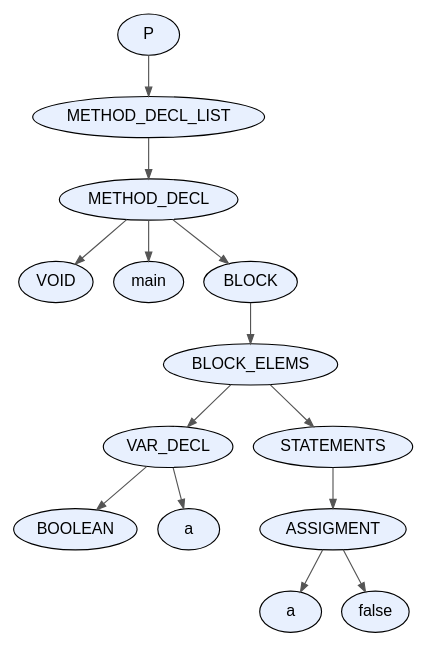
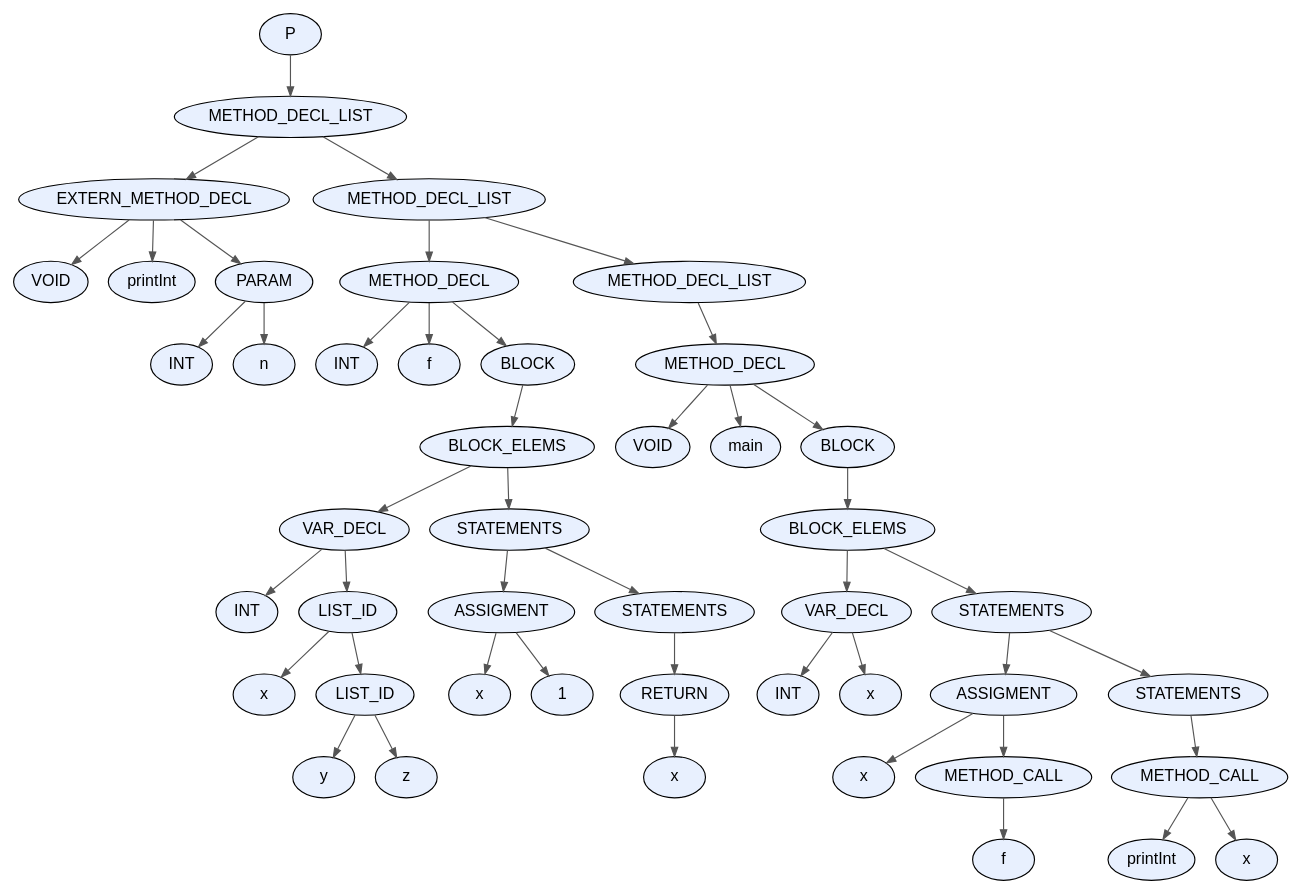
The diagram in proyecto/dot_files/test8.dot (facundo-dario-loser/TDS2026), drawn with Graphviz before and after one commit. The commit also changed 53 other files, not shown here.

```diff
--- a/proyecto/dot_files/test8.dot
+++ b/proyecto/dot_files/test8.dot
@@ -1,31 +1,95 @@
 digraph AST {
   node [fontname="Arial"];
   edge [arrowsize=0.8, color="#555555"];
-  "node_0x643e92caebe0" [label="P", style=filled, fillcolor="#E8F0FE", shape=ellipse, style="rounded,filled"];
-  "node_0x643e92caebe0" -> "node_0x643e92caeb90";
-  "node_0x643e92caeb90" [label="METHOD_DECL_LIST", style=filled, fillcolor="#E8F0FE", shape=ellipse, style="rounded,filled"];
-  "node_0x643e92caeb90" -> "node_0x643e92caeb40";
-  "node_0x643e92caeb40" [label="METHOD_DECL", style=filled, fillcolor="#E8F0FE", shape=ellipse, style="rounded,filled"];
-  "node_0x643e92caeb40" -> "node_0x643e92caea80";
-  "node_0x643e92caea80" [label="VOID", style=filled, fillcolor="#E8F0FE", shape=ellipse, style="rounded,filled"];
-  "node_0x643e92caeb40" -> "node_0x643e92caead0";
-  "node_0x643e92caead0" [label="main", style=filled, fillcolor="#E8F0FE", shape=ellipse, style="rounded,filled"];
-  "node_0x643e92caeb40" -> "node_0x643e92caea30";
-  "node_0x643e92caea30" [label="BLOCK", style=filled, fillcolor="#E8F0FE", shape=ellipse, style="rounded,filled"];
-  "node_0x643e92caea30" -> "node_0x643e92cae9e0";
-  "node_0x643e92cae9e0" [label="BLOCK_ELEMS", style=filled, fillcolor="#E8F0FE", shape=ellipse, style="rounded,filled"];
-  "node_0x643e92cae9e0" -> "node_0x643e92cae630";
-  "node_0x643e92cae630" [label="VAR_DECL", style=filled, fillcolor="#E8F0FE", shape=ellipse, style="rounded,filled"];
-  "node_0x643e92cae630" -> "node_0x643e92cae550";
-  "node_0x643e92cae550" [label="BOOLEAN", style=filled, fillcolor="#E8F0FE", shape=ellipse, style="rounded,filled"];
-  "node_0x643e92cae630" -> "node_0x643e92cae5c0";
-  "node_0x643e92cae5c0" [label="a", style=filled, fillcolor="#E8F0FE", shape=ellipse, style="rounded,filled"];
-  "node_0x643e92cae9e0" -> "node_0x643e92cae990";
-  "node_0x643e92cae990" [label="STATEMENTS", style=filled, fillcolor="#E8F0FE", shape=ellipse, style="rounded,filled"];
-  "node_0x643e92cae990" -> "node_0x643e92cae940";
-  "node_0x643e92cae940" [label="ASSIGMENT", style=filled, fillcolor="#E8F0FE", shape=ellipse, style="rounded,filled"];
-  "node_0x643e92cae940" -> "node_0x643e92cae8d0";
-  "node_0x643e92cae8d0" [label="a", style=filled, fillcolor="#E8F0FE", shape=ellipse, style="rounded,filled"];
-  "node_0x643e92cae940" -> "node_0x643e92caeec0";
-  "node_0x643e92caeec0" [label="false", style=filled, fillcolor="#E8F0FE", shape=ellipse, style="rounded,filled"];
+  "node_0x61b54ef049c0" [label="P", style=filled, fillcolor="#E8F0FE", shape=ellipse, style="rounded,filled"];
+  "node_0x61b54ef049c0" -> "node_0x61b54ef04970";
+  "node_0x61b54ef04970" [label="METHOD_DECL_LIST", style=filled, fillcolor="#E8F0FE", shape=ellipse, style="rounded,filled"];
+  "node_0x61b54ef04970" -> "node_0x61b54ef03740";
+  "node_0x61b54ef03740" [label="EXTERN_METHOD_DECL", style=filled, fillcolor="#E8F0FE", shape=ellipse, style="rounded,filled"];
+  "node_0x61b54ef03740" -> "node_0x61b54ef03680";
+  "node_0x61b54ef03680" [label="VOID", style=filled, fillcolor="#E8F0FE", shape=ellipse, style="rounded,filled"];
+  "node_0x61b54ef03740" -> "node_0x61b54ef036d0";
+  "node_0x61b54ef036d0" [label="printInt", style=filled, fillcolor="#E8F0FE", shape=ellipse, style="rounded,filled"];
+  "node_0x61b54ef03740" -> "node_0x61b54ef03630";
+  "node_0x61b54ef03630" [label="PARAM", style=filled, fillcolor="#E8F0FE", shape=ellipse, style="rounded,filled"];
+  "node_0x61b54ef03630" -> "node_0x61b54ef03550";
+  "node_0x61b54ef03550" [label="INT", style=filled, fillcolor="#E8F0FE", shape=ellipse, style="rounded,filled"];
+  "node_0x61b54ef03630" -> "node_0x61b54ef035c0";
+  "node_0x61b54ef035c0" [label="n", style=filled, fillcolor="#E8F0FE", shape=ellipse, style="rounded,filled"];
+  "node_0x61b54ef04970" -> "node_0x61b54ef04920";
+  "node_0x61b54ef04920" [label="METHOD_DECL_LIST", style=filled, fillcolor="#E8F0FE", shape=ellipse, style="rounded,filled"];
+  "node_0x61b54ef04920" -> "node_0x61b54ef041b0";
+  "node_0x61b54ef041b0" [label="METHOD_DECL", style=filled, fillcolor="#E8F0FE", shape=ellipse, style="rounded,filled"];
+  "node_0x61b54ef041b0" -> "node_0x61b54ef03790";
+  "node_0x61b54ef03790" [label="INT", style=filled, fillcolor="#E8F0FE", shape=ellipse, style="rounded,filled"];
+  "node_0x61b54ef041b0" -> "node_0x61b54ef04140";
+  "node_0x61b54ef04140" [label="f", style=filled, fillcolor="#E8F0FE", shape=ellipse, style="rounded,filled"];
+  "node_0x61b54ef041b0" -> "node_0x61b54ef040f0";
+  "node_0x61b54ef040f0" [label="BLOCK", style=filled, fillcolor="#E8F0FE", shape=ellipse, style="rounded,filled"];
+  "node_0x61b54ef040f0" -> "node_0x61b54ef040a0";
+  "node_0x61b54ef040a0" [label="BLOCK_ELEMS", style=filled, fillcolor="#E8F0FE", shape=ellipse, style="rounded,filled"];
+  "node_0x61b54ef040a0" -> "node_0x61b54ef03aa0";
+  "node_0x61b54ef03aa0" [label="VAR_DECL", style=filled, fillcolor="#E8F0FE", shape=ellipse, style="rounded,filled"];
+  "node_0x61b54ef03aa0" -> "node_0x61b54ef03800";
+  "node_0x61b54ef03800" [label="INT", style=filled, fillcolor="#E8F0FE", shape=ellipse, style="rounded,filled"];
+  "node_0x61b54ef03aa0" -> "node_0x61b54ef03a50";
+  "node_0x61b54ef03a50" [label="LIST_ID", style=filled, fillcolor="#E8F0FE", shape=ellipse, style="rounded,filled"];
+  "node_0x61b54ef03a50" -> "node_0x61b54ef039e0";
+  "node_0x61b54ef039e0" [label="x", style=filled, fillcolor="#E8F0FE", shape=ellipse, style="rounded,filled"];
+  "node_0x61b54ef03a50" -> "node_0x61b54ef03990";
+  "node_0x61b54ef03990" [label="LIST_ID", style=filled, fillcolor="#E8F0FE", shape=ellipse, style="rounded,filled"];
+  "node_0x61b54ef03990" -> "node_0x61b54ef03920";
+  "node_0x61b54ef03920" [label="y", style=filled, fillcolor="#E8F0FE", shape=ellipse, style="rounded,filled"];
+  "node_0x61b54ef03990" -> "node_0x61b54ef038b0";
+  "node_0x61b54ef038b0" [label="z", style=filled, fillcolor="#E8F0FE", shape=ellipse, style="rounded,filled"];
+  "node_0x61b54ef040a0" -> "node_0x61b54ef04050";
+  "node_0x61b54ef04050" [label="STATEMENTS", style=filled, fillcolor="#E8F0FE", shape=ellipse, style="rounded,filled"];
+  "node_0x61b54ef04050" -> "node_0x61b54ef03bd0";
+  "node_0x61b54ef03bd0" [label="ASSIGMENT", style=filled, fillcolor="#E8F0FE", shape=ellipse, style="rounded,filled"];
+  "node_0x61b54ef03bd0" -> "node_0x61b54ef03b60";
+  "node_0x61b54ef03b60" [label="x", style=filled, fillcolor="#E8F0FE", shape=ellipse, style="rounded,filled"];
+  "node_0x61b54ef03bd0" -> "node_0x61b54ef03b10";
+  "node_0x61b54ef03b10" [label="1", style=filled, fillcolor="#E8F0FE", shape=ellipse, style="rounded,filled"];
+  "node_0x61b54ef04050" -> "node_0x61b54ef04000";
+  "node_0x61b54ef04000" [label="STATEMENTS", style=filled, fillcolor="#E8F0FE", shape=ellipse, style="rounded,filled"];
+  "node_0x61b54ef04000" -> "node_0x61b54ef03cb0";
+  "node_0x61b54ef03cb0" [label="RETURN", style=filled, fillcolor="#E8F0FE", shape=ellipse, style="rounded,filled"];
+  "node_0x61b54ef03cb0" -> "node_0x61b54ef03c40";
+  "node_0x61b54ef03c40" [label="x", style=filled, fillcolor="#E8F0FE", shape=ellipse, style="rounded,filled"];
+  "node_0x61b54ef04920" -> "node_0x61b54ef048d0";
+  "node_0x61b54ef048d0" [label="METHOD_DECL_LIST", style=filled, fillcolor="#E8F0FE", shape=ellipse, style="rounded,filled"];
+  "node_0x61b54ef048d0" -> "node_0x61b54ef04880";
+  "node_0x61b54ef04880" [label="METHOD_DECL", style=filled, fillcolor="#E8F0FE", shape=ellipse, style="rounded,filled"];
+  "node_0x61b54ef04880" -> "node_0x61b54ef047c0";
+  "node_0x61b54ef047c0" [label="VOID", style=filled, fillcolor="#E8F0FE", shape=ellipse, style="rounded,filled"];
+  "node_0x61b54ef04880" -> "node_0x61b54ef04810";
+  "node_0x61b54ef04810" [label="main", style=filled, fillcolor="#E8F0FE", shape=ellipse, style="rounded,filled"];
+  "node_0x61b54ef04880" -> "node_0x61b54ef04770";
+  "node_0x61b54ef04770" [label="BLOCK", style=filled, fillcolor="#E8F0FE", shape=ellipse, style="rounded,filled"];
+  "node_0x61b54ef04770" -> "node_0x61b54ef04720";
+  "node_0x61b54ef04720" [label="BLOCK_ELEMS", style=filled, fillcolor="#E8F0FE", shape=ellipse, style="rounded,filled"];
+  "node_0x61b54ef04720" -> "node_0x61b54ef04300";
+  "node_0x61b54ef04300" [label="VAR_DECL", style=filled, fillcolor="#E8F0FE", shape=ellipse, style="rounded,filled"];
+  "node_0x61b54ef04300" -> "node_0x61b54ef04220";
+  "node_0x61b54ef04220" [label="INT", style=filled, fillcolor="#E8F0FE", shape=ellipse, style="rounded,filled"];
+  "node_0x61b54ef04300" -> "node_0x61b54ef04290";
+  "node_0x61b54ef04290" [label="x", style=filled, fillcolor="#E8F0FE", shape=ellipse, style="rounded,filled"];
+  "node_0x61b54ef04720" -> "node_0x61b54ef046d0";
+  "node_0x61b54ef046d0" [label="STATEMENTS", style=filled, fillcolor="#E8F0FE", shape=ellipse, style="rounded,filled"];
+  "node_0x61b54ef046d0" -> "node_0x61b54ef044c0";
+  "node_0x61b54ef044c0" [label="ASSIGMENT", style=filled, fillcolor="#E8F0FE", shape=ellipse, style="rounded,filled"];
+  "node_0x61b54ef044c0" -> "node_0x61b54ef04450";
+  "node_0x61b54ef04450" [label="x", style=filled, fillcolor="#E8F0FE", shape=ellipse, style="rounded,filled"];
+  "node_0x61b54ef044c0" -> "node_0x61b54ef04400";
+  "node_0x61b54ef04400" [label="METHOD_CALL", style=filled, fillcolor="#E8F0FE", shape=ellipse, style="rounded,filled"];
+  "node_0x61b54ef04400" -> "node_0x61b54ef04390";
+  "node_0x61b54ef04390" [label="f", style=filled, fillcolor="#E8F0FE", shape=ellipse, style="rounded,filled"];
+  "node_0x61b54ef046d0" -> "node_0x61b54ef04680";
+  "node_0x61b54ef04680" [label="STATEMENTS", style=filled, fillcolor="#E8F0FE", shape=ellipse, style="rounded,filled"];
+  "node_0x61b54ef04680" -> "node_0x61b54ef04630";
+  "node_0x61b54ef04630" [label="METHOD_CALL", style=filled, fillcolor="#E8F0FE", shape=ellipse, style="rounded,filled"];
+  "node_0x61b54ef04630" -> "node_0x61b54ef045c0";
+  "node_0x61b54ef045c0" [label="printInt", style=filled, fillcolor="#E8F0FE", shape=ellipse, style="rounded,filled"];
+  "node_0x61b54ef04630" -> "node_0x61b54ef04550";
+  "node_0x61b54ef04550" [label="x", style=filled, fillcolor="#E8F0FE", shape=ellipse, style="rounded,filled"];
 }
```
